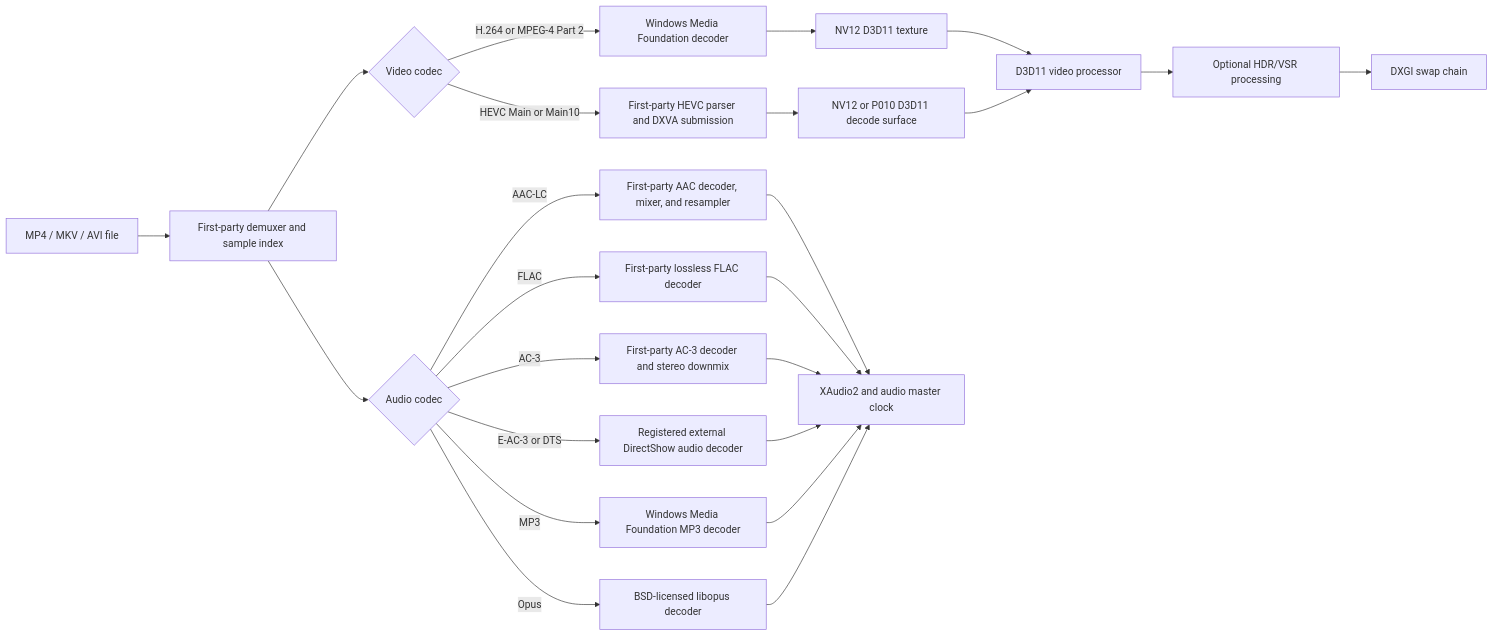
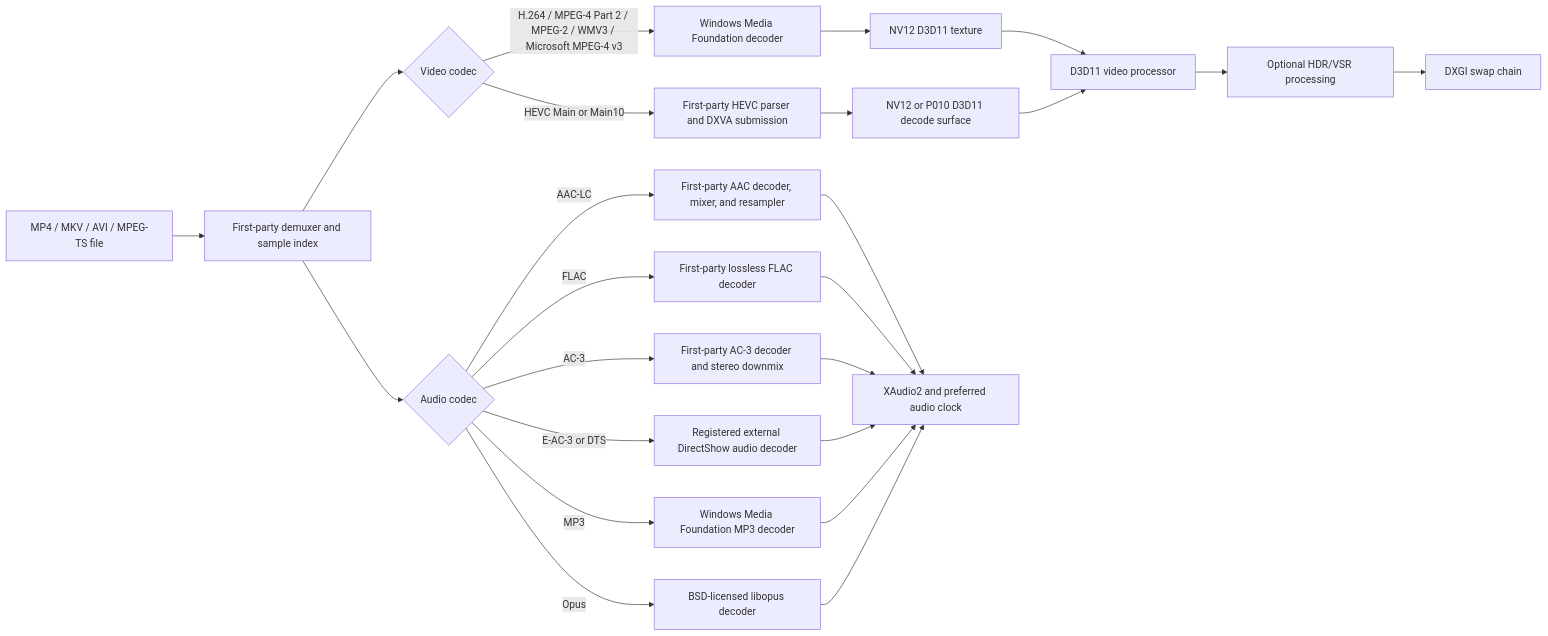
One commit to tklee000/movieplayer changed the first of 2 diagrams in docs/MoviePlayer-Wiki.md. Above: the diagram before and after it, drawn with Mermaid. The commit also changed other lines of this file and 2 other files, not shown here.

````diff
--- a/docs/MoviePlayer-Wiki.md
+++ b/docs/MoviePlayer-Wiki.md
@@ -52,26 +52,26 @@
 ```mermaid
 flowchart LR
-    A["MP4 / MKV / AVI file"] --> B["First-party demuxer and sample index"]
+    A["MP4 / MKV / AVI / MPEG-TS file"] --> B["First-party demuxer and sample index"]
     B --> C{"Video codec"}
-    C -->|"H.264 or MPEG-4 Part 2"| D["Windows Media Foundation decoder"]
+    C -->|"H.264 / MPEG-4 Part 2 / MPEG-2 / WMV3 / Microsoft MPEG-4 v3"| D["Windows Media Foundation decoder"]
     C -->|"HEVC Main or Main10"| E["First-party HEVC parser and DXVA submission"]
     D --> F["NV12 D3D11 texture"]
     E --> G["NV12 or P010 D3D11 decode surface"]
     F --> H["D3D11 video processor"]
     G --> H
     H --> I["Optional HDR/VSR processing"]
     I --> J["DXGI swap chain"]
     B --> K{"Audio codec"}
     K -->|"AAC-LC"| L["First-party AAC decoder, mixer, and resampler"]
     K -->|"FLAC"| Q["First-party lossless FLAC decoder"]
     K -->|"AC-3"| P["First-party AC-3 decoder and stereo downmix"]
     K -->|"E-AC-3 or DTS"| R["Registered external DirectShow audio decoder"]
     K -->|"MP3"| M["Windows Media Foundation MP3 decoder"]
     K -->|"Opus"| O["BSD-licensed libopus decoder"]
-    L --> N["XAudio2 and audio master clock"]
+    L --> N["XAudio2 and preferred audio clock"]
     Q --> N
     P --> N
     R --> N
     M --> N
     O --> N
 ```
````
